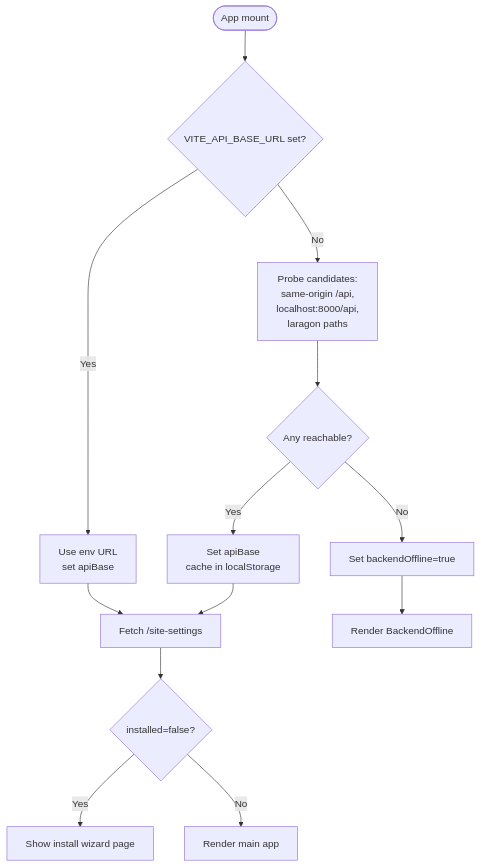
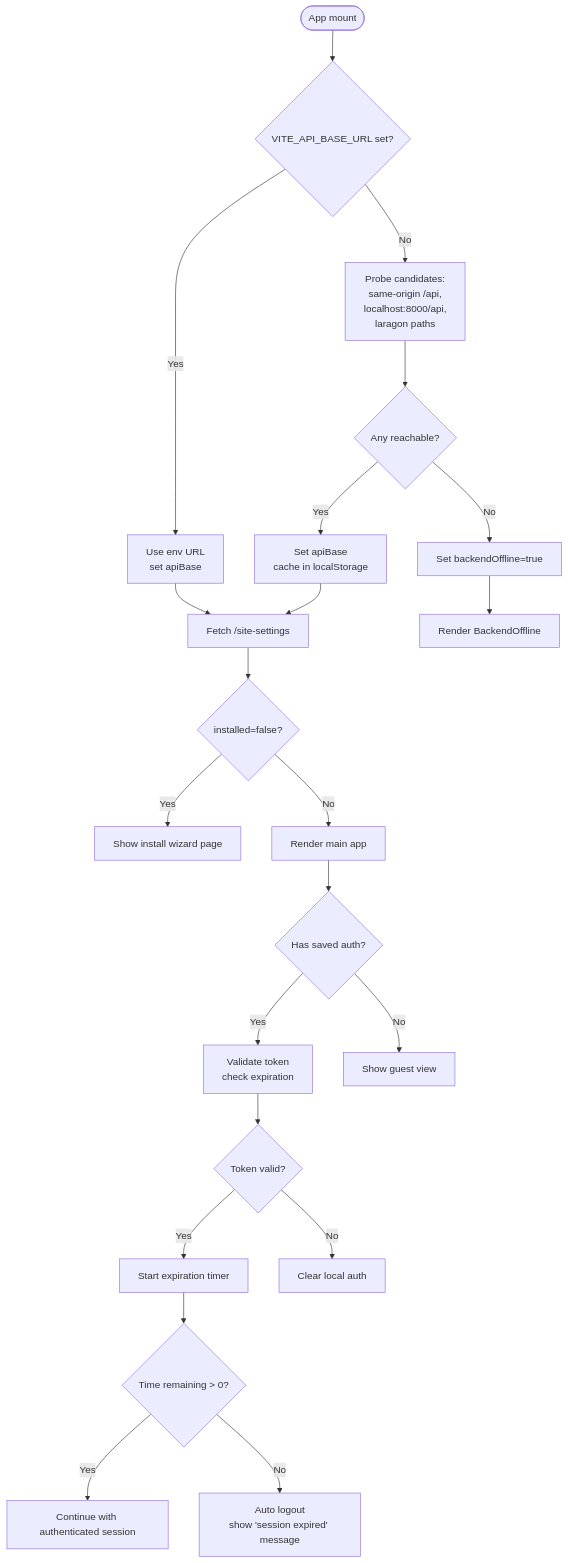
One commit to mahbub095/bus-app changed the fourth of 6 diagrams in .qoder/repowiki/en/content/System Architecture/Frontend Architecture/Frontend Architecture.md. Above: the diagram before and after it, drawn with Mermaid. The commit also changed other lines of this file and 460 other files, not shown here.

````diff
--- a/.qoder/repowiki/en/content/System Architecture/Frontend Architecture/Frontend Architecture.md
+++ b/.qoder/repowiki/en/content/System Architecture/Frontend Architecture/Frontend Architecture.md
@@ -156,15 +244,24 @@
 ```mermaid
 flowchart TD
 Start(["App mount"]) --> CheckEnv{"VITE_API_BASE_URL set?"}
 CheckEnv --> |Yes| UseEnv["Use env URL<br/>set apiBase"]
 CheckEnv --> |No| Probe["Probe candidates:<br/>same-origin /api,<br/>localhost:8000/api,<br/>laragon paths"]
 Probe --> Found{"Any reachable?"}
 Found --> |Yes| SetApi["Set apiBase<br/>cache in localStorage"]
 Found --> |No| Offline["Set backendOffline=true"]
 UseEnv --> Settings["Fetch /site-settings"]
 SetApi --> Settings
 Offline --> ShowOffline["Render BackendOffline"]
 Settings --> InstallCheck{"installed=false?"}
 InstallCheck --> |Yes| ShowInstall["Show install wizard page"]
 InstallCheck --> |No| RenderApp["Render main app"]
+RenderApp --> AuthCheck{"Has saved auth?"}
+AuthCheck --> |Yes| ValidateAuth["Validate token<br/>check expiration"]
+AuthCheck --> |No| ShowGuest["Show guest view"]
+ValidateAuth --> Valid{"Token valid?"}
+Valid --> |Yes| StartTimer["Start expiration timer"]
+Valid --> |No| ClearAuth["Clear local auth"]
+StartTimer --> TimerCheck{"Time remaining > 0?"}
+TimerCheck --> |Yes| Continue["Continue with authenticated session"]
+TimerCheck --> |No| AutoLogout["Auto logout<br/>show 'session expired' message"]
 ```
````
